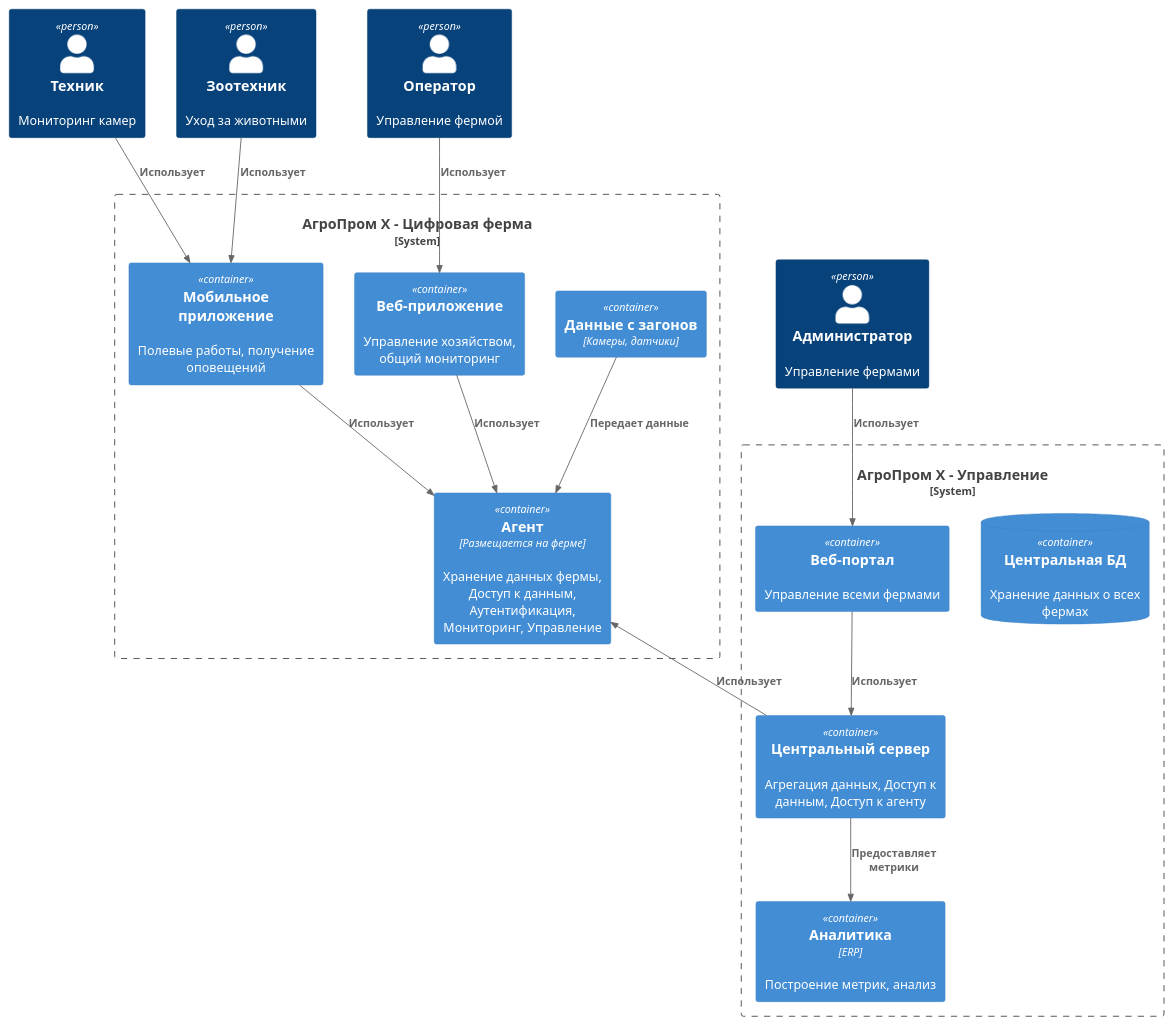
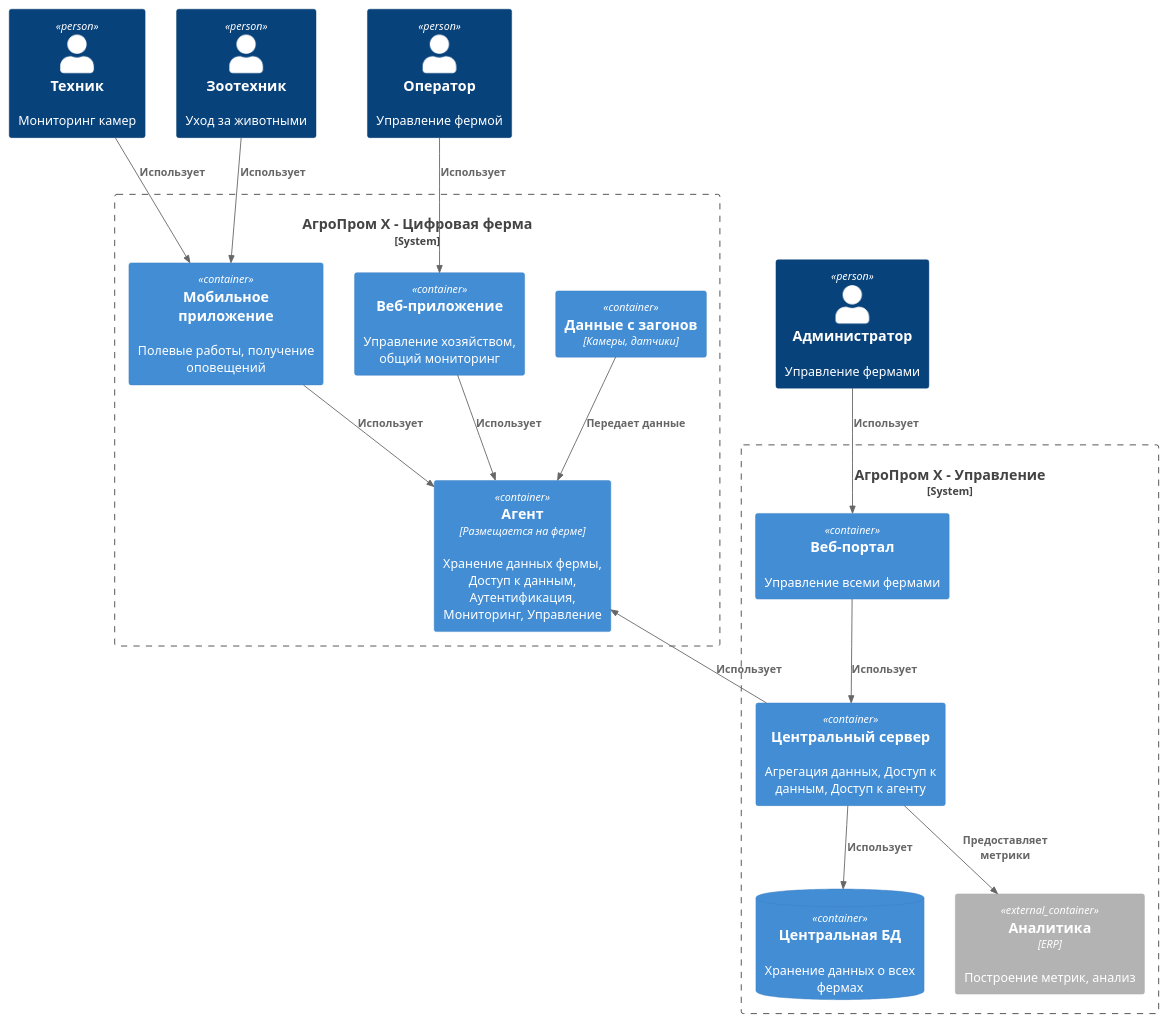
One commit to KatChaotic/MSA-AgroTech changed the diagram in Task1/agrotech_context_alternative.puml. Above: the diagram before and after it, drawn with PlantUML. The commit also changed 16 other files, not shown here.

```diff
--- a/Task1/agrotech_context_alternative.puml
+++ b/Task1/agrotech_context_alternative.puml
@@ -1,50 +1,51 @@
 @startuml
 
 !include https://raw.githubusercontent.com/plantuml-stdlib/C4-PlantUML/master/C4_Container.puml
 
 ' === Участники ===
 Person(техник, "Техник", "Мониторинг камер")
 Person(зоотехник, "Зоотехник", "Уход за животными")
 Person(оператор, "Оператор", "Управление фермой")
 Person(администратор, "Администратор", "Управление фермами")
 
 System_Boundary(farm, "АгроПром Х - Цифровая ферма") {
     Container(house, "Данные с загонов", "Камеры, датчики")
 
     Container(мобильное_приложение, "Мобильное приложение", "", "Полевые работы, получение оповещений")
     Container(веб_приложение, "Веб-приложение", "", "Управление хозяйством, общий мониторинг")
 
     Container(agent, "Агент", "Размещается на ферме", "Хранение данных фермы, Доступ к данным, Аутентификация, Мониторинг, Управление")
 }
 
 System_Boundary(office, "АгроПром Х - Управление") {
     Container(master, "Центральный сервер", "", "Агрегация данных, Доступ к данным, Доступ к агенту")
     ContainerDb(master_db, "Центральная БД", "", "Хранение данных о всех фермах")
 
     Container(веб_портал, "Веб-портал", "", "Управление всеми фермами")
 
-    Container(аналитика, "Аналитика", "ERP", "Построение метрик, анализ")
+    Container_Ext(аналитика, "Аналитика", "ERP", "Построение метрик, анализ")
 }
 
 ' Персонал
 Rel(техник, мобильное_приложение, "Использует")
 Rel(зоотехник, мобильное_приложение, "Использует")
 
 Rel(оператор, веб_приложение, "Использует")
 Rel(администратор, веб_портал, "Использует")
 
 ' Сбор данных
 Rel(house, agent, "Передает данные", "")
 
 ' Пользовательский функционал
 Rel(мобильное_приложение, agent, "Использует")
 Rel(веб_приложение, agent, "Использует")
 
 Rel_Up(master, agent, "Использует")
+Rel(master, master_db, "Использует")
 
 Rel(веб_портал, master, "Использует")
 
 ' Внешние интеграции
 Rel(master, аналитика, "Предоставляет метрики")
 
 @enduml
```
